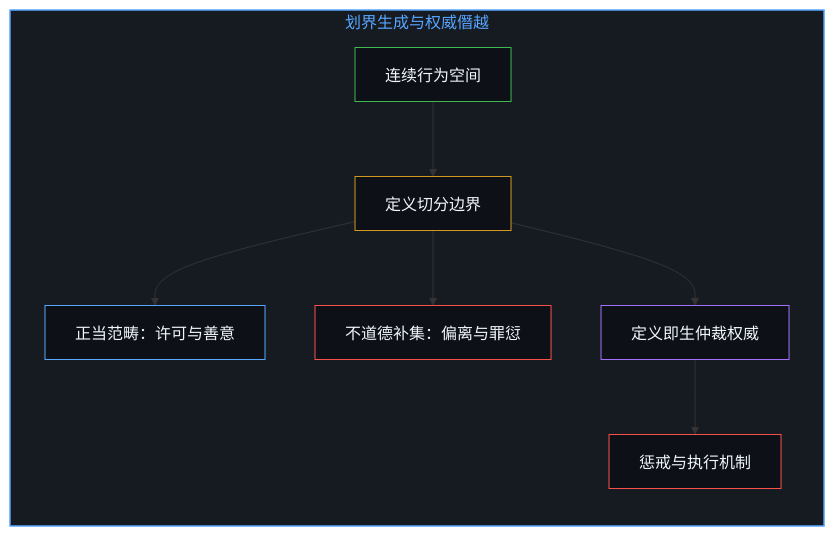
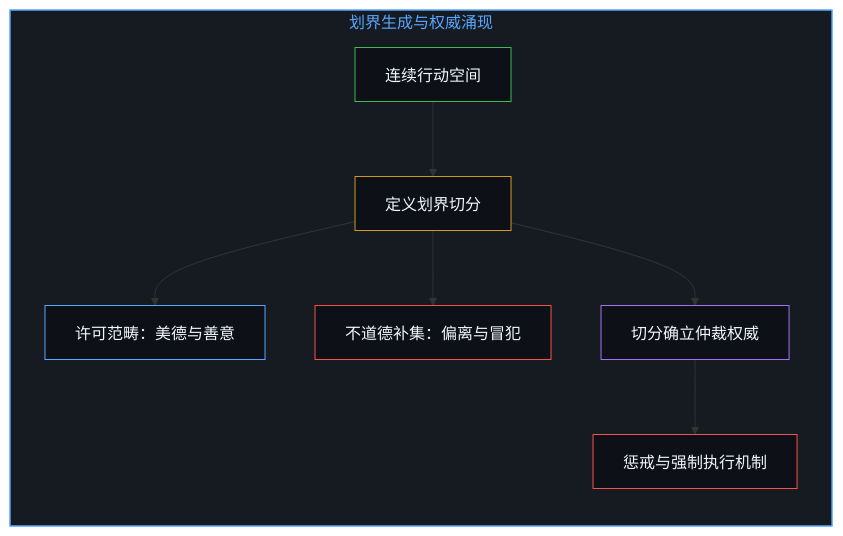
One commit to powerpig99/not-a-toe changed the third of 6 diagrams in content/posts/compulsory-kindness-and-the-obscuration-of-categorical-feedback.md. Above: the diagram before and after it, drawn with Mermaid. The commit also changed other lines of this file and 7 other files, not shown here.

````diff
--- a/content/posts/compulsory-kindness-and-the-obscuration-of-categorical-feedback.md
+++ b/content/posts/compulsory-kindness-and-the-obscuration-of-categorical-feedback.md
@@ -87,18 +81,18 @@
 ```mermaid
 flowchart TD
-    subgraph S_Partition["划界生成与权威僭越"]
+    subgraph S_Partition["划界生成与权威涌现"]
         direction TB
-        P1["连续行为空间"] --> P2["定义切分边界"]
-        P2 --> P3["正当范畴：许可与善意"]
-        P2 --> P4["不道德补集：偏离与罪愆"]
-        P2 --> P5["定义即生仲裁权威"]
-        P5 --> P6["惩戒与执行机制"]
+        P1["连续行动空间"] --> P2["定义划界切分"]
+        P2 --> P3["许可范畴：美德与善意"]
+        P2 --> P4["不道德补集：偏离与冒犯"]
+        P2 --> P5["切分确立仲裁权威"]
+        P5 --> P6["惩戒与强制执行机制"]
     end
     style S_Partition fill:#161b22,stroke:#58a6ff,stroke-width:1.5px,color:#58a6ff
     style P1 fill:#0d1117,stroke:#3fb950,stroke-width:1px,color:#f0f6fc
     style P2 fill:#0d1117,stroke:#d29922,stroke-width:1px,color:#f0f6fc
     style P3 fill:#0d1117,stroke:#58a6ff,stroke-width:1px,color:#f0f6fc
     style P4 fill:#0d1117,stroke:#f85149,stroke-width:1px,color:#f0f6fc
     style P5 fill:#0d1117,stroke:#a371f7,stroke-width:1px,color:#f0f6fc
     style P6 fill:#0d1117,stroke:#f85149,stroke-width:1px,color:#f0f6fc
 ```
````
